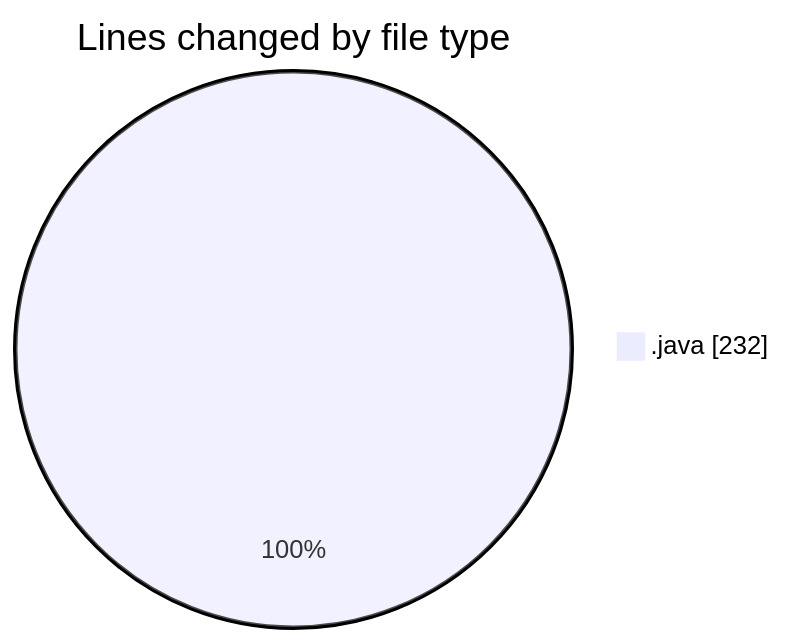
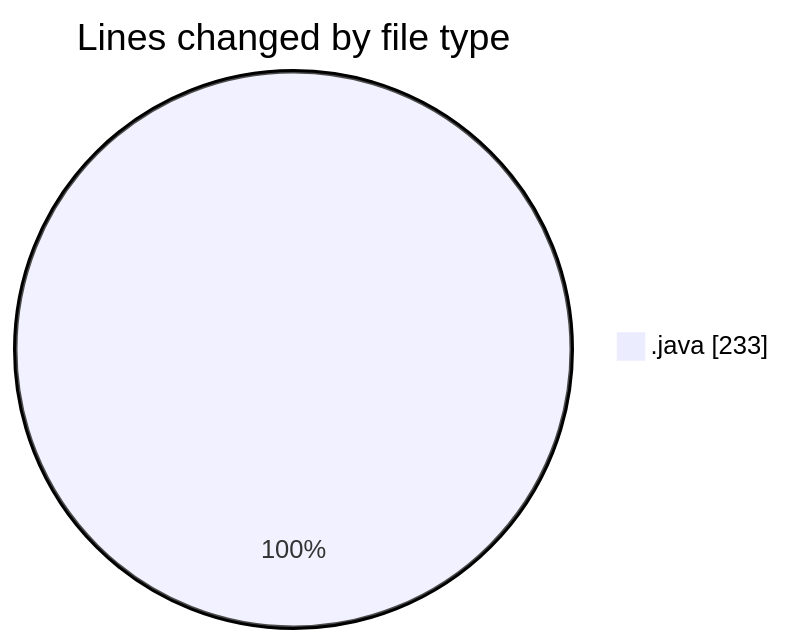
One commit to Elitesun/code-tracking changed the first of 2 diagrams in 2025-02-21/projet/README.md. Above: the diagram before and after it, drawn with Mermaid. The commit also changed other lines of this file and 1 other file, not shown here.

````diff
--- a/2025-02-21/projet/README.md
+++ b/2025-02-21/projet/README.md
@@ -21,5 +21,5 @@
 ```mermaid
 pie showData
 title Lines changed by file type
-".java" : 232
+".java" : 233
 ```
````
